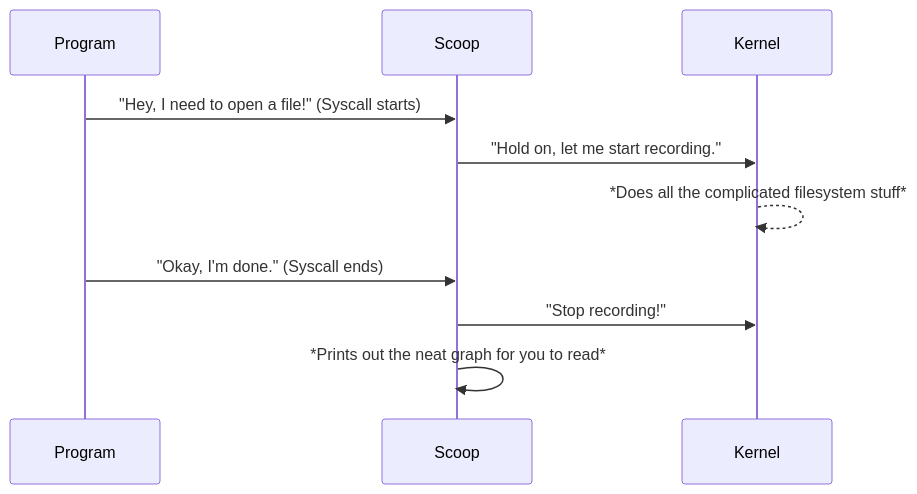
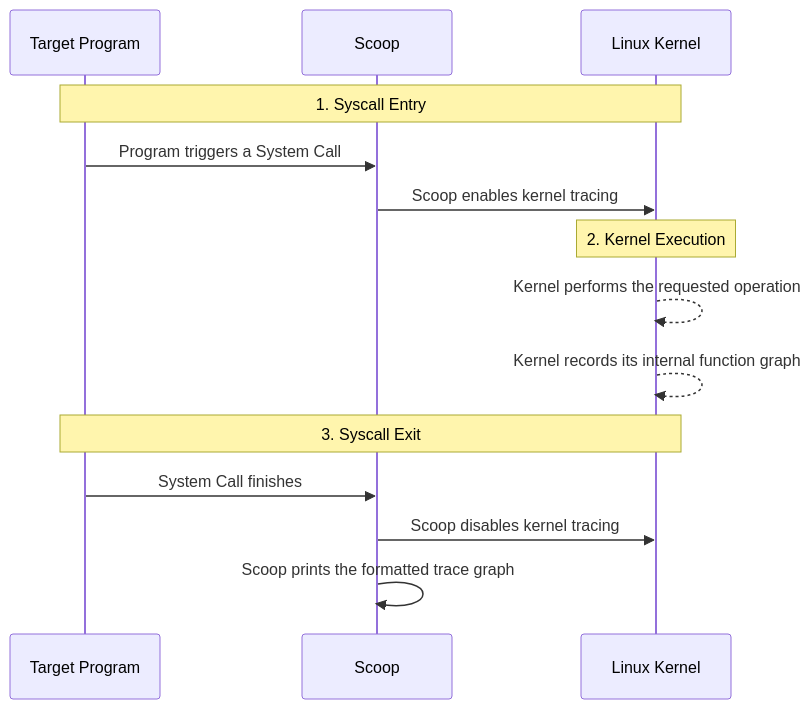
The diagram in README.md (alsoAD09/scoop), drawn with Mermaid before and after one commit.

Commit message:
Docs: Update Mermaid flow diagram for better structural clarity

````diff
--- a/README.md
+++ b/README.md
@@ -9,13 +9,19 @@
 ```mermaid
 sequenceDiagram
-    participant Program
-    participant Scoop
-    participant Kernel
+    participant P as Target Program
+    participant S as Scoop
+    participant K as Linux Kernel
 
-    Program->>Scoop: "Hey, I need to open a file!" (Syscall starts)
-    Scoop->>Kernel: "Hold on, let me start recording."
-    Kernel-->>Kernel: *Does all the complicated filesystem stuff*
-    Program->>Scoop: "Okay, I'm done." (Syscall ends)
-    Scoop->>Kernel: "Stop recording!"
-    Scoop->>Scoop: *Prints out the neat graph for you to read*
+    Note over P,K: 1. Syscall Entry
+    P->>S: Program triggers a System Call
+    S->>K: Scoop enables kernel tracing
+
+    Note over K: 2. Kernel Execution
+    K-->>K: Kernel performs the requested operation
+    K-->>K: Kernel records its internal function graph
+    
+    Note over P,K: 3. Syscall Exit
+    P->>S: System Call finishes
+    S->>K: Scoop disables kernel tracing
+    S->>S: Scoop prints the formatted trace graph
 ```
````
